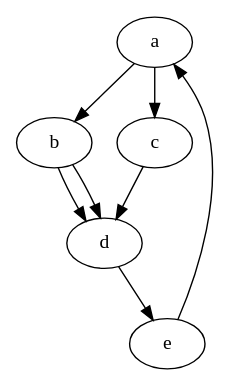
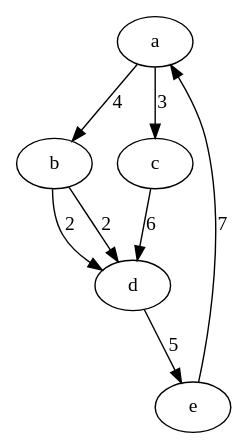
Before and after one commit to NathamFernandes/grafos-2-unidade: the diagram in data/digraph2.gv, drawn with Graphviz. The commit also changed 2 other files, not shown here.

```diff
--- a/data/digraph2.gv
+++ b/data/digraph2.gv
@@ -1,5 +1,9 @@
 digraph dg2 {
-    a -> b -> d;
-    a -> c -> d;
-    b -> d -> e -> a;
+    a -> b [label=4];
+    b -> d [label=2];
+    a -> c [label=3];
+    c -> d [label=6];
+    b -> d [label=2];
+    d -> e [label=5];
+    e -> a [label=7];
 }
```
